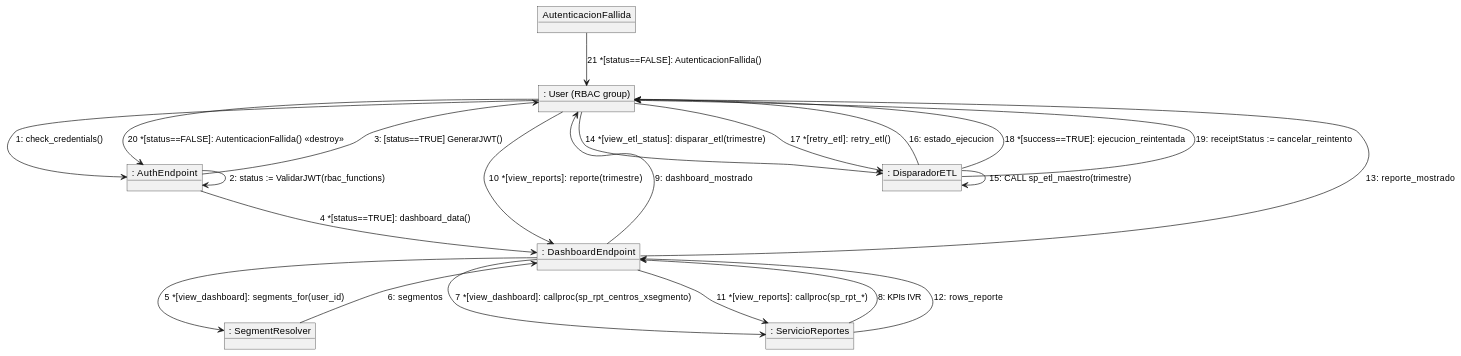
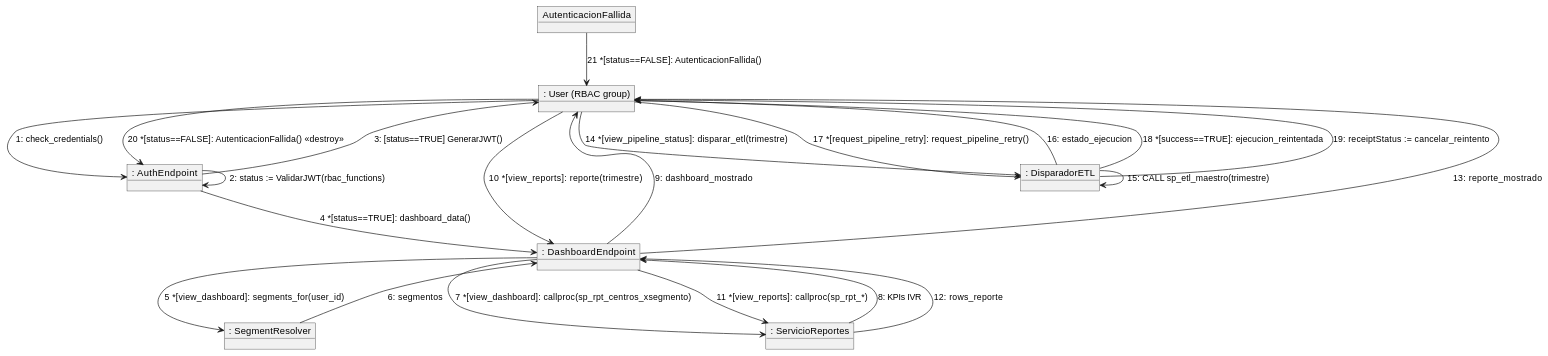
The seventh of 12 diagrams in source/arquitectura-tecnica/diagramas-uml-sistema.rst (jcg-admin/IACT-docs), drawn with PlantUML before and after one commit. The commit also changed other lines of this file and 157 other files, not shown here.

First line of the commit message:
Enforce catalog function names across all diagrams

```diff
--- a/source/arquitectura-tecnica/diagramas-uml-sistema.rst
+++ b/source/arquitectura-tecnica/diagramas-uml-sistema.rst
@@ -658,36 +658,36 @@
 .. uml::
  :caption: Figura 10 — Diagrama de comunicacion del Sistema IACT
 
  @startuml
 
  object ": User (RBAC group)" as USR
  object ": AuthEndpoint" as AE
  object ": DashboardEndpoint" as DE
  object ": SegmentResolver" as SR
  object ": ServicioReportes" as SRP
  object ": DisparadorETL" as ETL
  object "AutenticacionFallida" as FAIL
 
  USR --> AE : 1: check_credentials()
  AE --> AE : 2: status := ValidarJWT(rbac_functions)
  AE --> USR : 3: [status==TRUE] GenerarJWT()
  AE --> DE : 4 *[status==TRUE]: dashboard_data()
  DE --> SR : 5 *[view_dashboard]: segments_for(user_id)
  SR --> DE : 6: segmentos
  DE --> SRP : 7 *[view_dashboard]: callproc(sp_rpt_centros_xsegmento)
  SRP --> DE : 8: KPIs IVR
  DE --> USR : 9: dashboard_mostrado
  USR --> DE : 10 *[view_reports]: reporte(trimestre)
  DE --> SRP : 11 *[view_reports]: callproc(sp_rpt_*)
  SRP --> DE : 12: rows_reporte
  DE --> USR : 13: reporte_mostrado
- USR --> ETL : 14 *[view_etl_status]: disparar_etl(trimestre)
+ USR --> ETL : 14 *[view_pipeline_status]: disparar_etl(trimestre)
  ETL --> ETL : 15: CALL sp_etl_maestro(trimestre)
  ETL --> USR : 16: estado_ejecucion
- USR --> ETL : 17 *[retry_etl]: retry_etl()
+ USR --> ETL : 17 *[request_pipeline_retry]: request_pipeline_retry()
  ETL --> USR : 18 *[success==TRUE]: ejecucion_reintentada
  ETL --> USR : 19: receiptStatus := cancelar_reintento
  USR --> AE : 20 *[status==FALSE]: AutenticacionFallida() <<destroy>>
  FAIL --> USR : 21 *[status==FALSE]: AutenticacionFallida()
 
  @enduml
```
